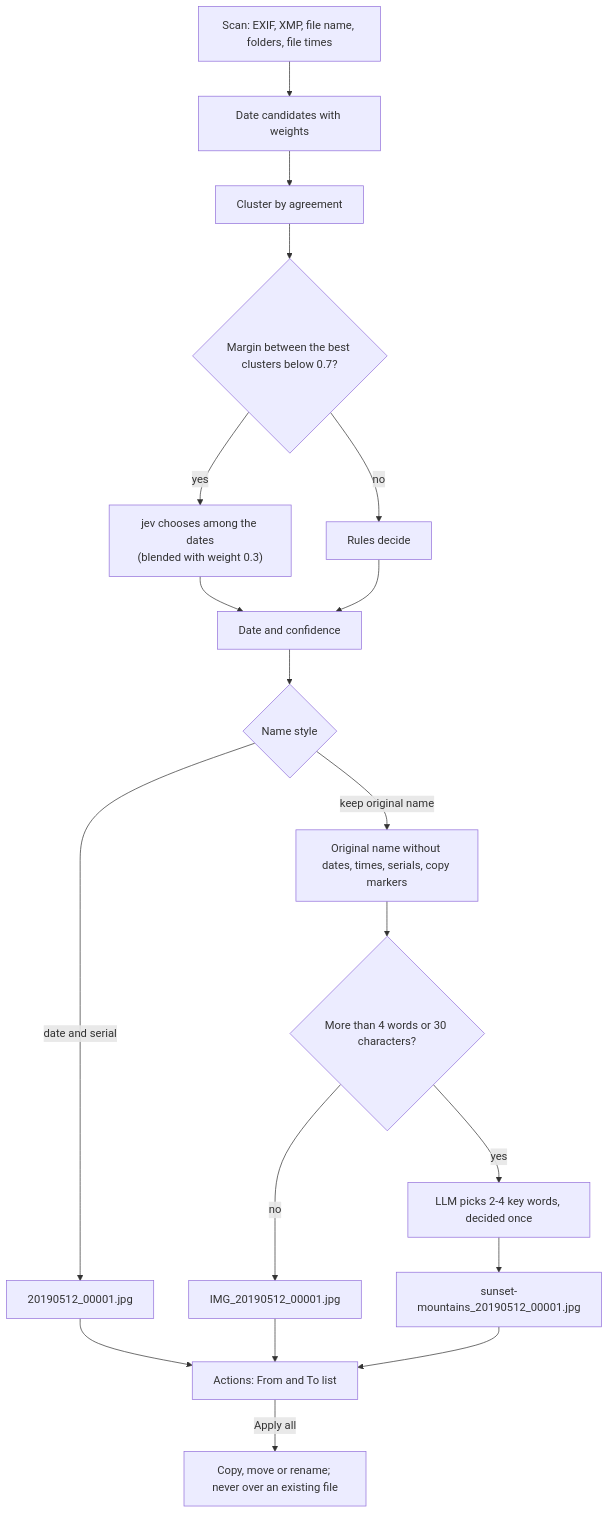
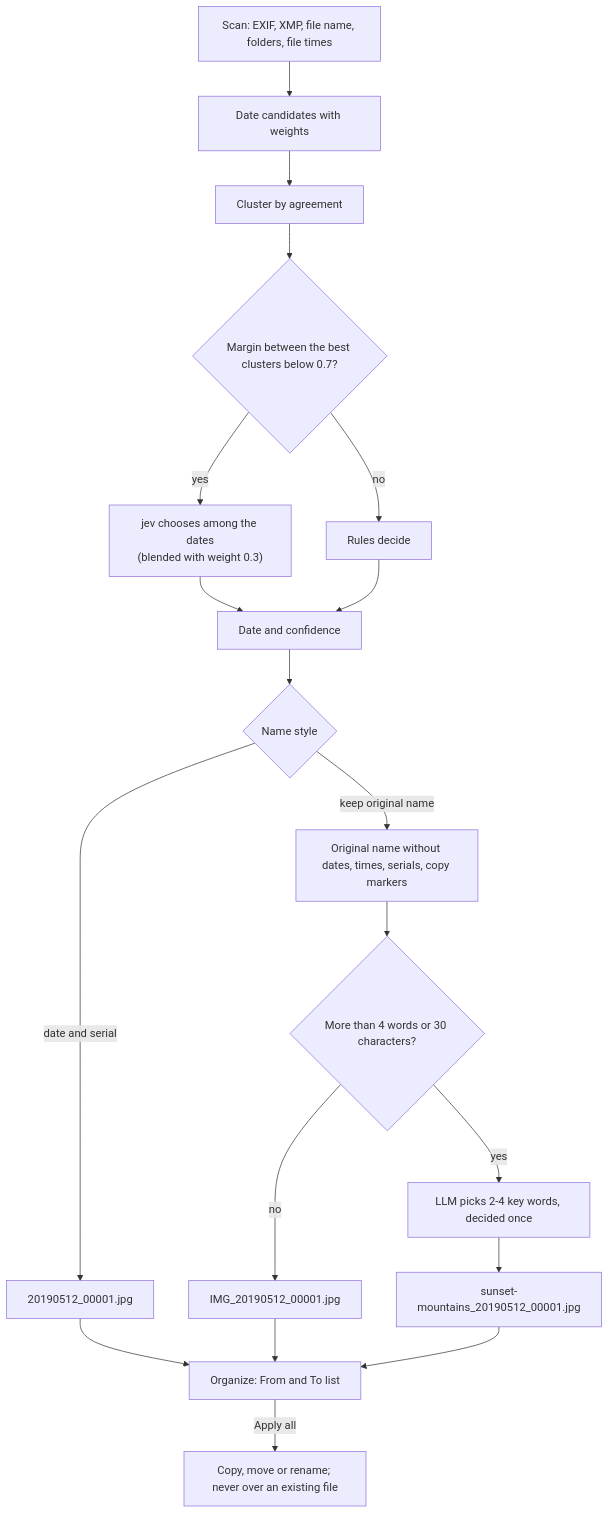
The second of 4 diagrams in README.md (jstdlee/jev-photos), drawn with Mermaid before and after one commit. The commit also changed other lines of this file and 12 other files, not shown here.

````diff
--- a/README.md
+++ b/README.md
@@ -337,21 +364,21 @@
 ```mermaid
 flowchart TD
     S[Scan: EXIF, XMP, file name, folders, file times] --> C[Date candidates with weights]
     C --> CL[Cluster by agreement]
     CL --> M{Margin between the best clusters below 0.7?}
     M -->|no| RD[Rules decide]
     M -->|yes| J["jev chooses among the dates<br/>(blended with weight 0.3)"]
     J --> RD2[Date and confidence]
     RD --> RD2
     RD2 --> N{Name style}
     N -->|date and serial| A["20190512_00001.jpg"]
     N -->|keep original name| P["Original name without dates, times, serials, copy markers"]
     P --> L{More than 4 words or 30 characters?}
     L -->|no| B["IMG_20190512_00001.jpg"]
     L -->|yes| K["LLM picks 2-4 key words, decided once"]
     K --> B2["sunset-mountains_20190512_00001.jpg"]
-    A --> RV[Actions: From and To list]
+    A --> RV[Organize: From and To list]
     B --> RV
     B2 --> RV
     RV -->|Apply all| FS["Copy, move or rename; never over an existing file"]
 ```
````
